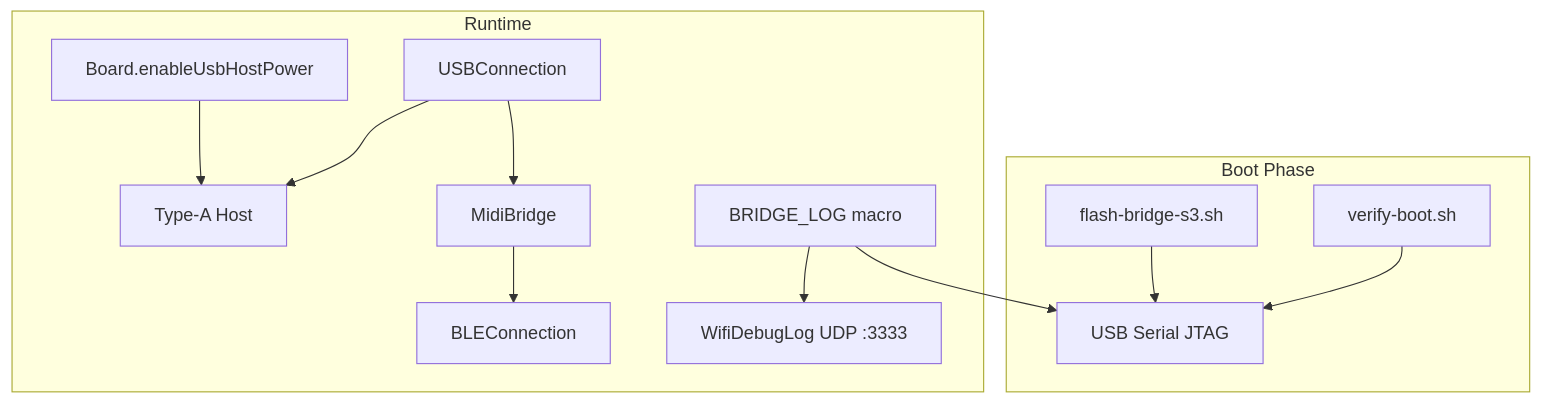
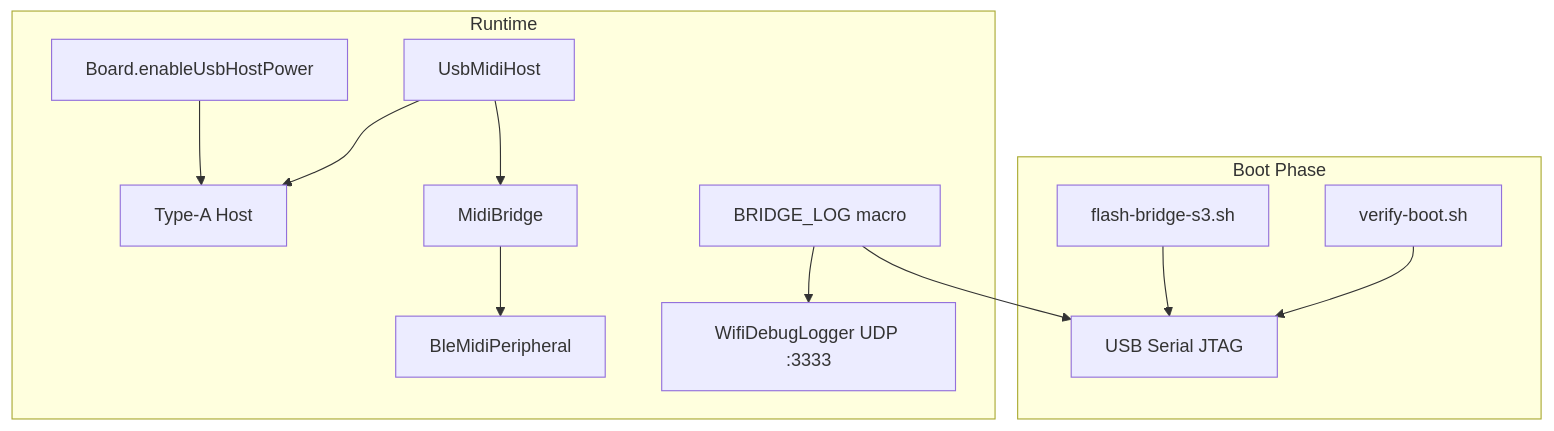
Before and after one commit to guitarbeat/esp32-midi-bridge: the diagram in docs/superpowers/specs/2026-05-31-bridge-full-stack-milestone-design.md, drawn with Mermaid. The commit also changed other lines of this file and 90 other files, not shown here.

````diff
--- a/docs/superpowers/specs/2026-05-31-bridge-full-stack-milestone-design.md
+++ b/docs/superpowers/specs/2026-05-31-bridge-full-stack-milestone-design.md
@@ -18,15 +18,15 @@
 ```mermaid
 flowchart TB
   subgraph boot [Boot Phase]
     FlashScript[flash-bridge-s3.sh] --> CDC[USB Serial JTAG]
     VerifyScript[verify-boot.sh] --> CDC
   end
   subgraph runtime [Runtime]
     Board[Board.enableUsbHostPower] --> HostPort[Type-A Host]
-    USBConn[USBConnection] --> HostPort
+    USBConn[UsbMidiHost] --> HostPort
     USBConn --> MidiBridge[MidiBridge]
-    MidiBridge --> BLE[BLEConnection]
+    MidiBridge --> BLE[BleMidiPeripheral]
     BRIDGE_LOG[BRIDGE_LOG macro] --> CDC
-    BRIDGE_LOG --> WifiUDP[WifiDebugLog UDP :3333]
+    BRIDGE_LOG --> WifiUDP[WifiDebugLogger UDP :3333]
   end
 ```
````
